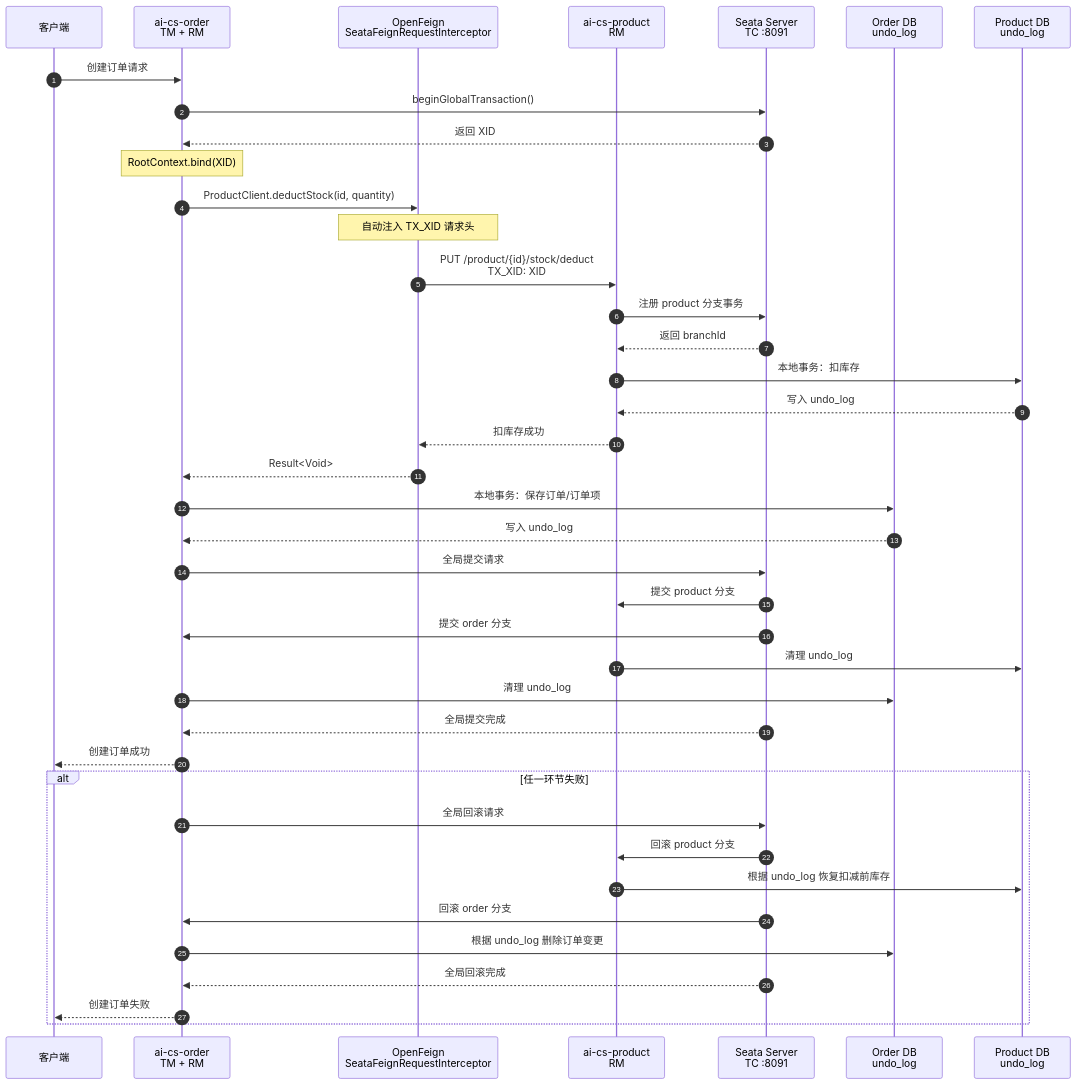
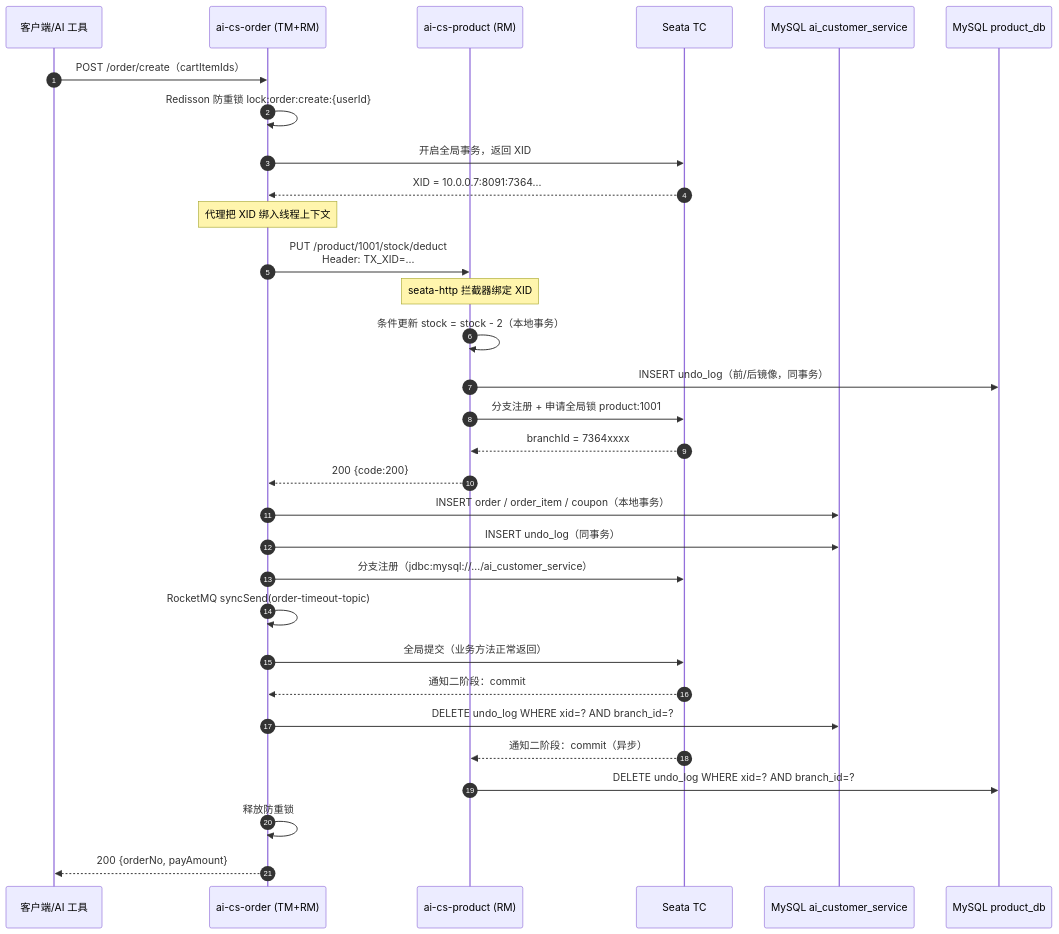
One commit to 16680-creator/ai-customer-service changed the second of 2 diagrams in learning-docs/02-Spring微服务/06-Seata分布式事务AT模式.md. Above: the diagram before and after it, drawn with Mermaid. The commit also changed other lines of this file and 185 other files, not shown here.

````diff
--- a/learning-docs/02-Spring微服务/06-Seata分布式事务AT模式.md
+++ b/learning-docs/02-Spring微服务/06-Seata分布式事务AT模式.md
@@ -19,46 +484,34 @@
 ```mermaid
 sequenceDiagram
     autonumber
-    participant Client as 客户端
-    participant Order as ai-cs-order<br/>TM + RM
-    participant Feign as OpenFeign<br/>SeataFeignRequestInterceptor
-    participant Product as ai-cs-product<br/>RM
-    participant TC as Seata Server<br/>TC :8091
-    participant OrderDB as Order DB<br/>undo_log
-    participant ProductDB as Product DB<br/>undo_log
+    participant C as 客户端/AI 工具
+    participant O as ai-cs-order (TM+RM)
+    participant P as ai-cs-product (RM)
+    participant TC as Seata TC
+    participant DB1 as MySQL ai_customer_service
+    participant DB2 as MySQL product_db
 
-    Client->>Order: 创建订单请求
-    Order->>TC: beginGlobalTransaction()
-    TC-->>Order: 返回 XID
-    Note over Order: RootContext.bind(XID)
-
-    Order->>Feign: ProductClient.deductStock(id, quantity)
-    Note over Feign: 自动注入 TX_XID 请求头
-    Feign->>Product: PUT /product/{id}/stock/deduct<br/>TX_XID: XID
-    Product->>TC: 注册 product 分支事务
-    TC-->>Product: 返回 branchId
-    Product->>ProductDB: 本地事务：扣库存
-    ProductDB-->>Product: 写入 undo_log
-    Product-->>Feign: 扣库存成功
-    Feign-->>Order: Result<Void>
-
-    Order->>OrderDB: 本地事务：保存订单/订单项
-    OrderDB-->>Order: 写入 undo_log
-    Order->>TC: 全局提交请求
-    TC->>Product: 提交 product 分支
-    TC->>Order: 提交 order 分支
-    Product->>ProductDB: 清理 undo_log
-    Order->>OrderDB: 清理 undo_log
-    TC-->>Order: 全局提交完成
-    Order-->>Client: 创建订单成功
-
-    alt 任一环节失败
-        Order->>TC: 全局回滚请求
-        TC->>Product: 回滚 product 分支
-        Product->>ProductDB: 根据 undo_log 恢复扣减前库存
-        TC->>Order: 回滚 order 分支
-        Order->>OrderDB: 根据 undo_log 删除订单变更
-        TC-->>Order: 全局回滚完成
-        Order-->>Client: 创建订单失败
-    end
+    C->>O: POST /order/create（cartItemIds）
+    O->>O: Redisson 防重锁 lock:order:create:{userId}
+    O->>TC: 开启全局事务，返回 XID
+    TC-->>O: XID = 10.0.0.7:8091:7364...
+    Note over O: 代理把 XID 绑入线程上下文
+    O->>P: PUT /product/1001/stock/deduct<br/>Header: TX_XID=...
+    Note over P: seata-http 拦截器绑定 XID
+    P->>P: 条件更新 stock = stock - 2（本地事务）
+    P->>DB2: INSERT undo_log（前/后镜像，同事务）
+    P->>TC: 分支注册 + 申请全局锁 product:1001
+    TC-->>P: branchId = 7364xxxx
+    P-->>O: 200 {code:200}
+    O->>DB1: INSERT order / order_item / coupon（本地事务）
+    O->>DB1: INSERT undo_log（同事务）
+    O->>TC: 分支注册（jdbc:mysql://.../ai_customer_service）
+    O->>O: RocketMQ syncSend(order-timeout-topic)
+    O->>TC: 全局提交（业务方法正常返回）
+    TC-->>O: 通知二阶段：commit
+    O->>DB1: DELETE undo_log WHERE xid=? AND branch_id=?
+    TC-->>P: 通知二阶段：commit（异步）
+    P->>DB2: DELETE undo_log WHERE xid=? AND branch_id=?
+    O->>O: 释放防重锁
+    O-->>C: 200 {orderNo, payAmount}
 ```
````
